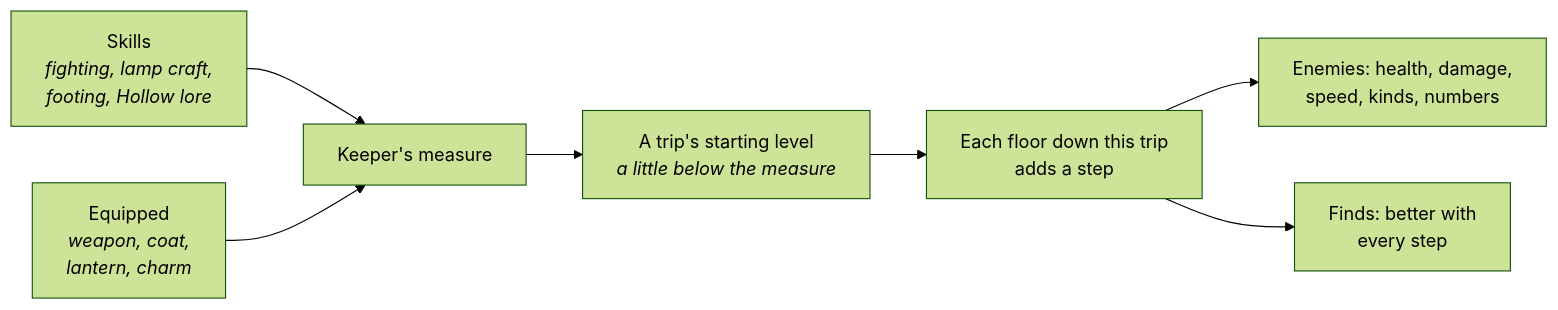
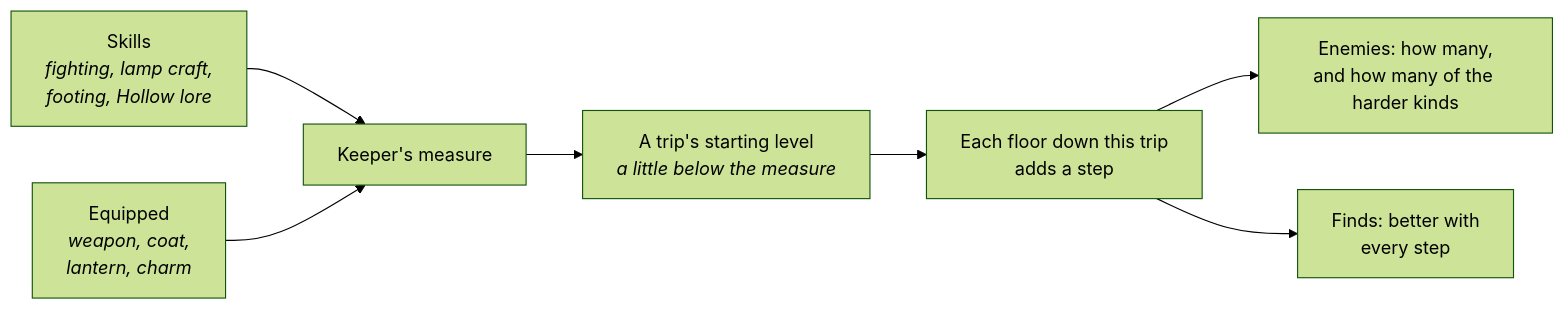
One commit to mshomper/ebb changed the second of 3 diagrams in docs/future/16-the-sea-cave.md. Above: the diagram before and after it, drawn with Mermaid (forest theme). The commit also changed other lines of this file and 1 other file, not shown here.

First line of the commit message:
Ideas: F16 with Matt's calls on enemies, nettles and gating

````diff
--- a/docs/future/16-the-sea-cave.md
+++ b/docs/future/16-the-sea-cave.md
@@ -80,9 +83,9 @@
 ```mermaid
 flowchart LR
   S[Skills<br/><i>fighting, lamp craft,<br/>footing, Hollow lore</i>] --> K[Keeper's measure]
   E[Equipped<br/><i>weapon, coat,<br/>lantern, charm</i>] --> K
   K --> D0[A trip's starting level<br/><i>a little below the measure</i>]
   D0 --> F[Each floor down this trip<br/>adds a step]
-  F --> EN[Enemies: health, damage,<br/>speed, kinds, numbers]
+  F --> EN[Enemies: how many,<br/>and how many of the harder kinds]
   F --> LO[Finds: better with<br/>every step]
 ```
````
